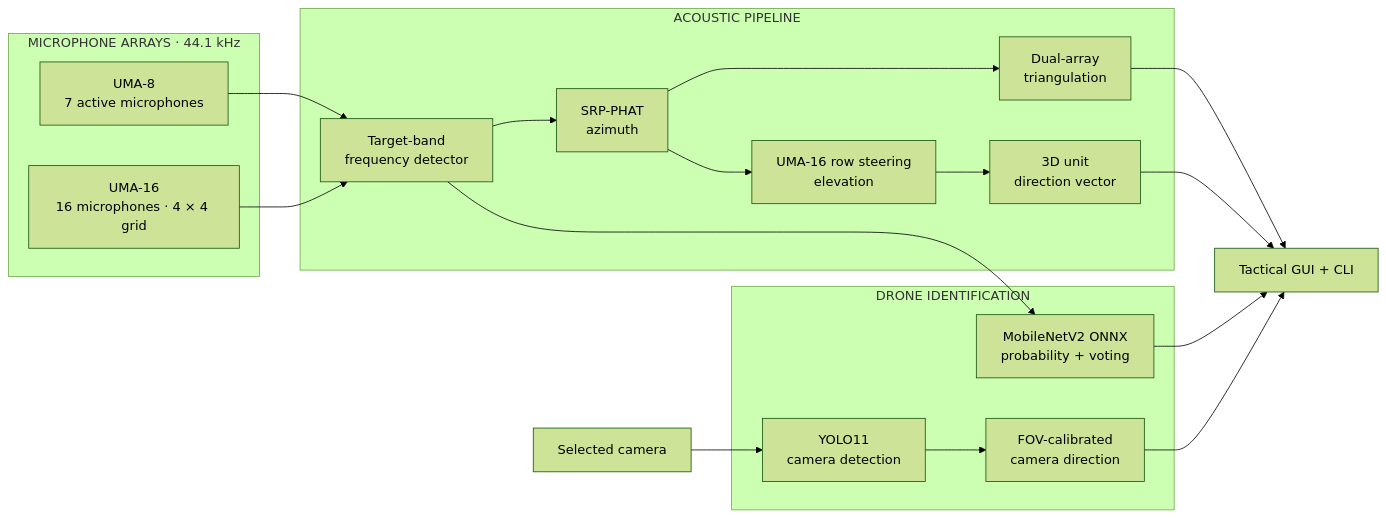
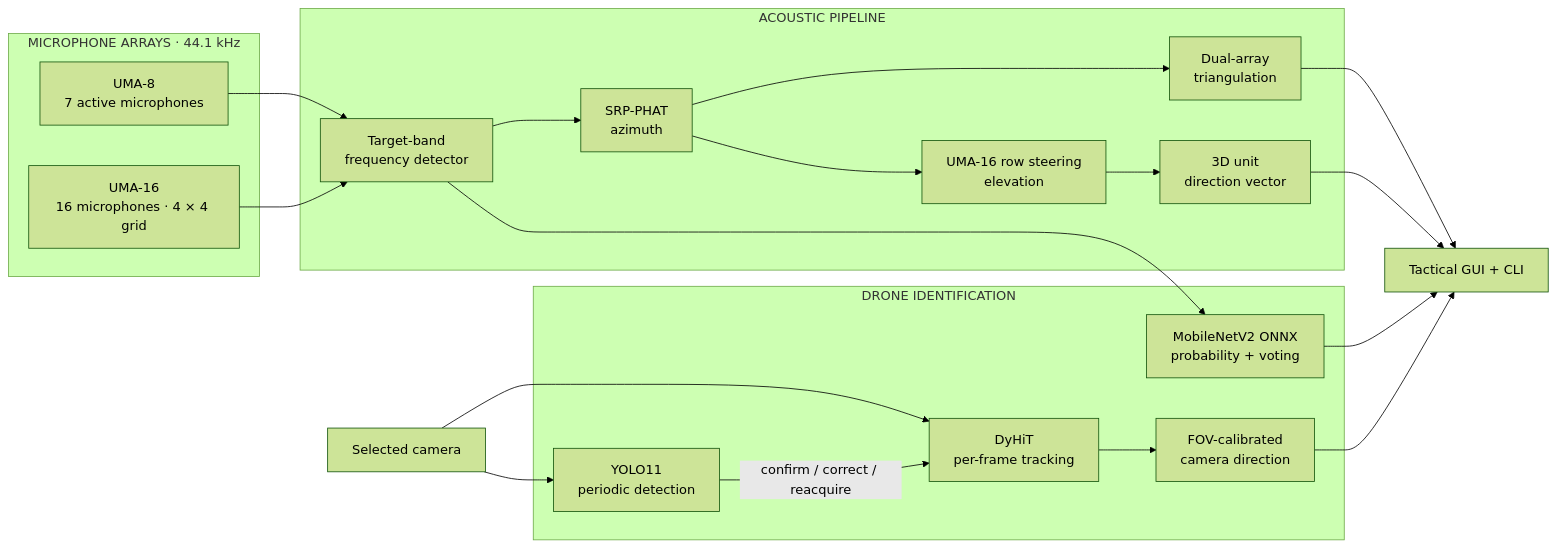
One commit to Dhiaelhak-Rached/Frequency_Based_Detection changed the diagram in README.md. Above: the diagram before and after it, drawn with Mermaid (forest theme). The commit also changed other lines of this file and 215 other files, not shown here.

````diff
--- a/README.md
+++ b/README.md
@@ -32,34 +33,37 @@
 ```mermaid
 flowchart LR
     subgraph Audio["MICROPHONE ARRAYS · 44.1 kHz"]
         U8["UMA-8<br/>7 active microphones"]
         U16["UMA-16<br/>16 microphones · 4 × 4 grid"]
     end
 
     subgraph Acoustics["ACOUSTIC PIPELINE"]
         FFT["Target-band<br/>frequency detector"]
         AZ["SRP-PHAT<br/>azimuth"]
         EL["UMA-16 row steering<br/>elevation"]
         TRI["Dual-array<br/>triangulation"]
         VEC["3D unit<br/>direction vector"]
     end
 
     subgraph AI["DRONE IDENTIFICATION"]
         MNV["MobileNetV2 ONNX<br/>probability + voting"]
-        YOLO["YOLO11<br/>camera detection"]
+        YOLO["YOLO11<br/>periodic detection"]
+        DYHIT["DyHiT<br/>per-frame tracking"]
         CAM["FOV-calibrated<br/>camera direction"]
     end
 
     U8 --> FFT
     U16 --> FFT
     FFT --> AZ
     AZ --> EL --> VEC
     AZ --> TRI
     FFT --> MNV
-    CAMERA["Selected camera"] --> YOLO --> CAM
+    CAMERA["Selected camera"] --> YOLO
+    CAMERA --> DYHIT --> CAM
+    YOLO -->|"confirm / correct / reacquire"| DYHIT
 
     TRI --> UI["Tactical GUI + CLI"]
     VEC --> UI
     MNV --> UI
     CAM --> UI
 ```
````
